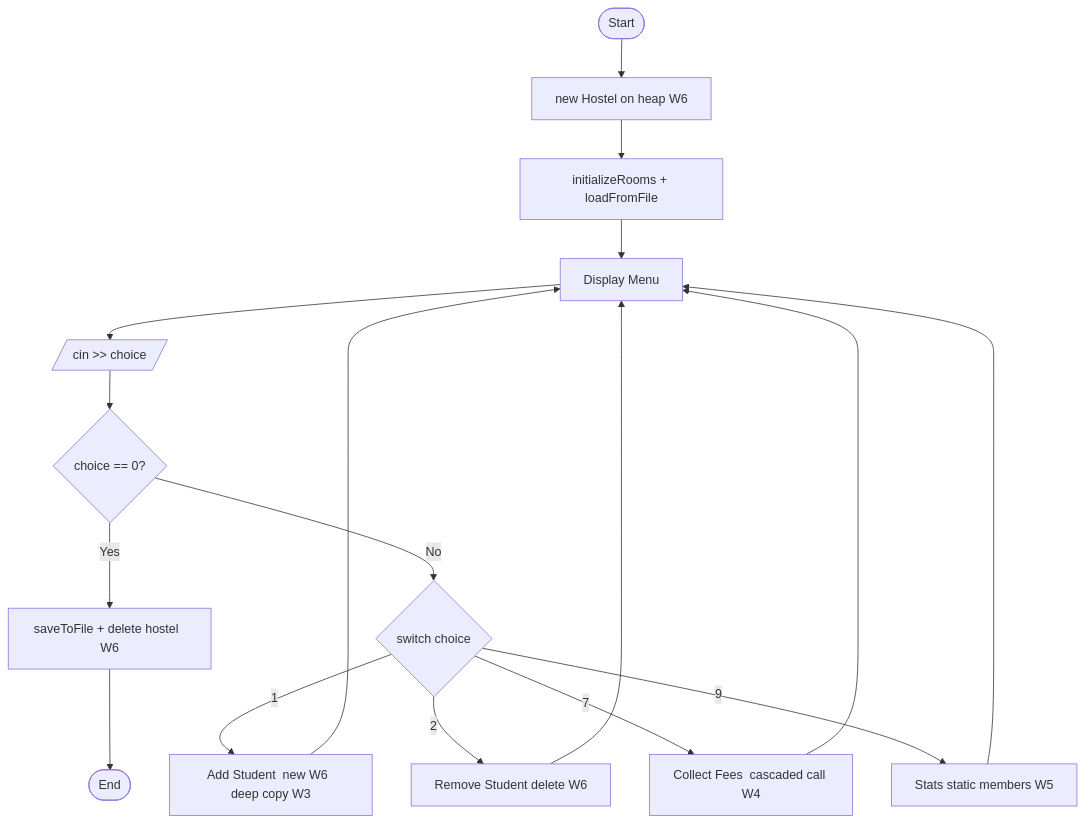
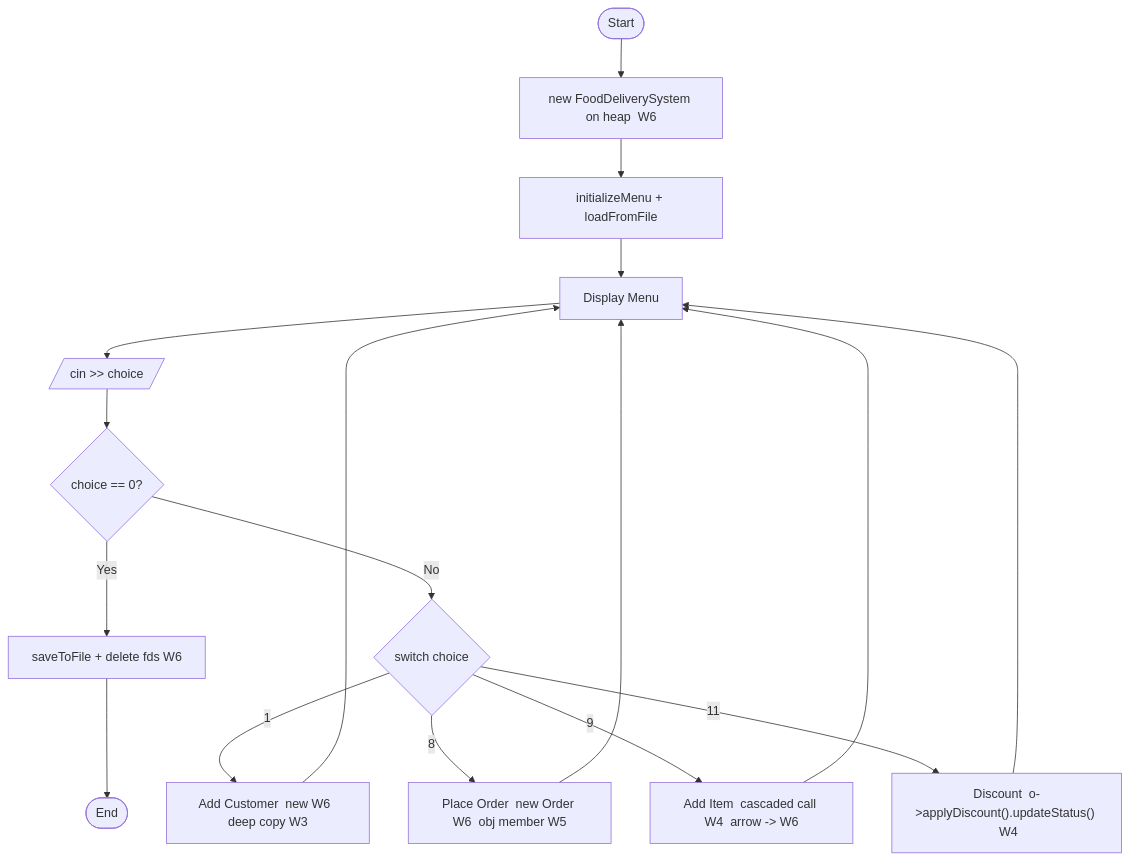
Before and after one commit to mahamshahzadi031-gif/Oop-theory-project-Mid-term-: the diagram in README.md, drawn with Mermaid. The commit also changed other lines of this file, not shown here.

````diff
--- a/README.md
+++ b/README.md
@@ -91,16 +107,16 @@
 ```mermaid
 flowchart TD
-    A([Start]) --> B["new Hostel on heap  W6"]
-    B --> C["initializeRooms + loadFromFile"]
+    A([Start]) --> B["new FoodDeliverySystem on heap  W6"]
+    B --> C["initializeMenu + loadFromFile"]
     C --> D["Display Menu"]
     D --> E[/cin >> choice/]
     E --> F{choice == 0?}
-    F -- Yes --> G["saveToFile + delete hostel  W6"]
+    F -- Yes --> G["saveToFile + delete fds  W6"]
     G --> H([End])
     F -- No --> I{switch choice}
-    I -- 1 --> J["Add Student  new W6  deep copy W3"]
-    I -- 2 --> K["Remove Student  delete W6"]
-    I -- 7 --> L["Collect Fees  cascaded call W4"]
-    I -- 9 --> M["Stats  static members W5"]
+    I -- 1 --> J["Add Customer  new W6  deep copy W3"]
+    I -- 8 --> K["Place Order  new Order W6  obj member W5"]
+    I -- 9 --> L["Add Item  cascaded call W4  arrow -> W6"]
+    I -- 11 --> M["Discount  o->applyDiscount().updateStatus()  W4"]
     J & K & L & M --> D
 ```
````
